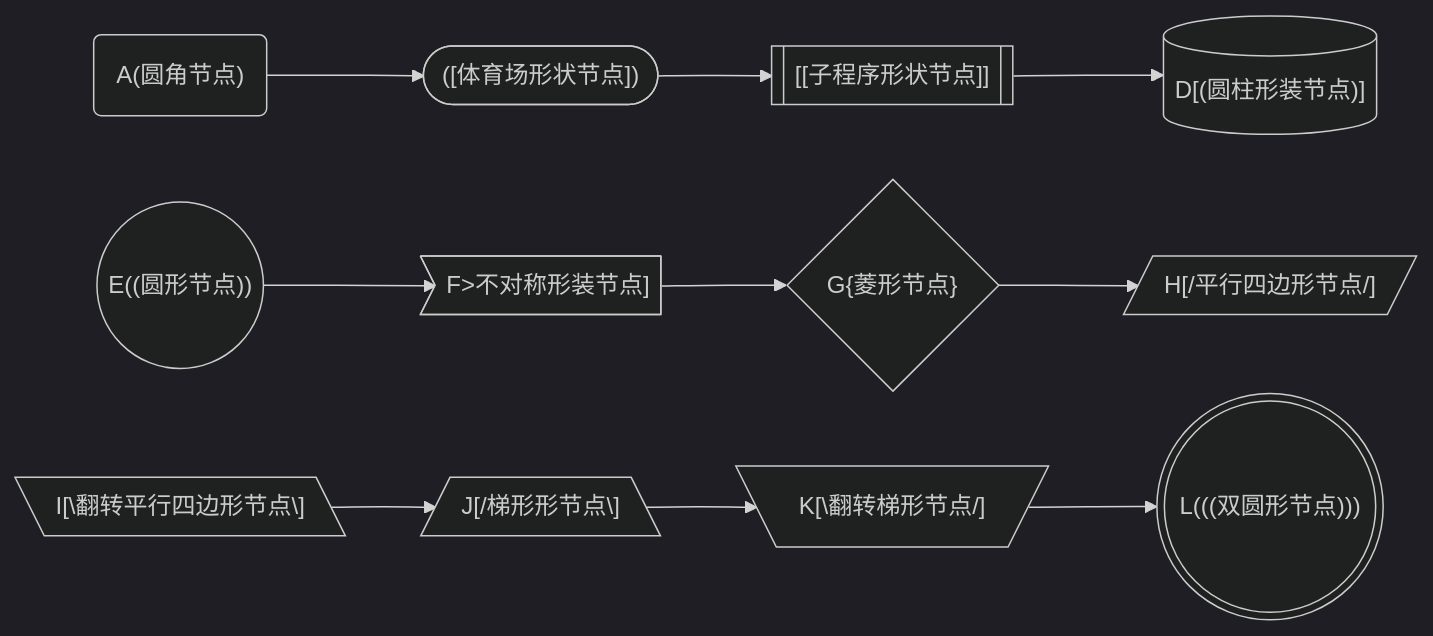
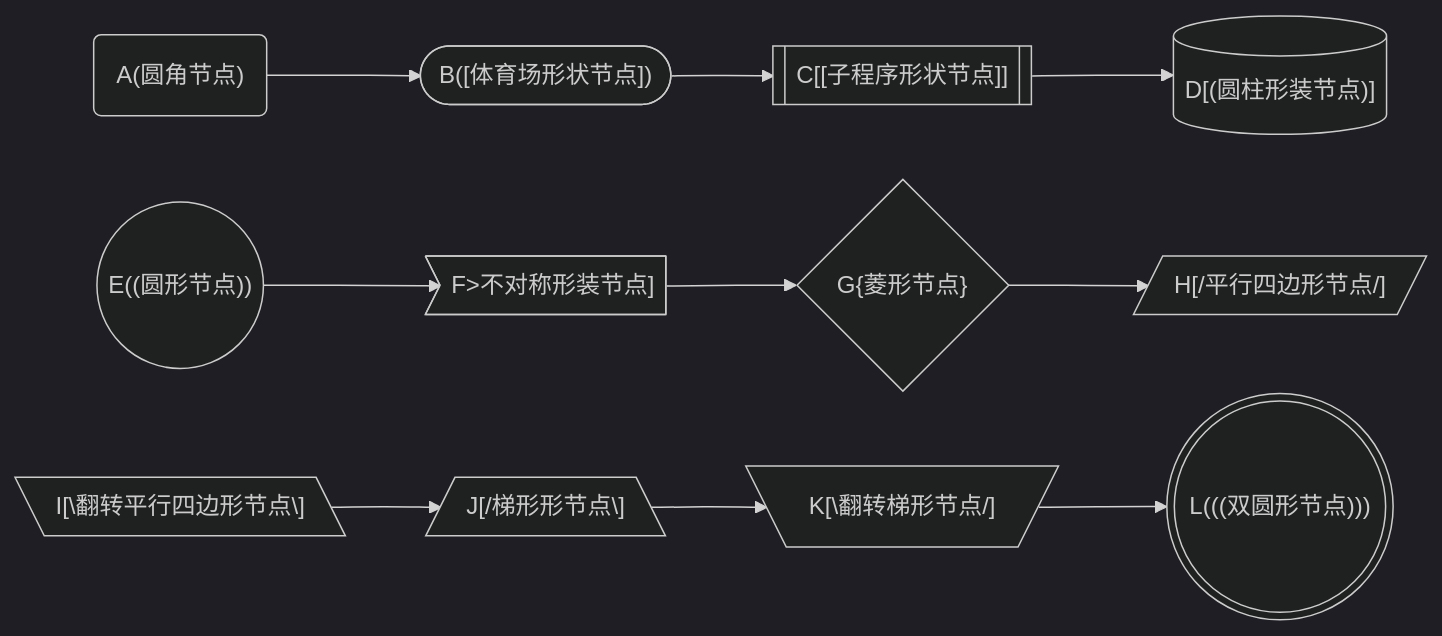
One commit to liulong0125/liulong0125.github.io changed the fourth of 5 diagrams in _posts/2025-09-02-jekyll_plugin.md. Above: the diagram before and after it, drawn with Mermaid (dark theme).

Commit message:
流程图更新

````diff
--- a/_posts/2025-09-02-jekyll_plugin.md
+++ b/_posts/2025-09-02-jekyll_plugin.md
@@ -137,19 +137,19 @@
 ```mermaid
 flowchart LR
   A("A(圆角节点)")
-  B(["([体育场形状节点])"])
-  C[["[[子程序形状节点]]"]]
+  B(["B([体育场形状节点])"])
+  C[["C[[子程序形状节点]]"]]
   D[("D[(圆柱形装节点)]")]
   E(("E((圆形节点))"))
   F>"F>不对称形装节点]"]
   G{"G{菱形节点}"}
   H[/"H[/平行四边形节点/]"/]
   I[\"I[\翻转平行四边形节点\]"\]
   J[/"J[/梯形形节点\]"\]
   K[\"K[\翻转梯形节点/]"/]
   L((("L(((双圆形节点)))")))
 
   A --> B --> C --> D
   E --> F --> G --> H
   I --> J --> K --> L
 ```
````
